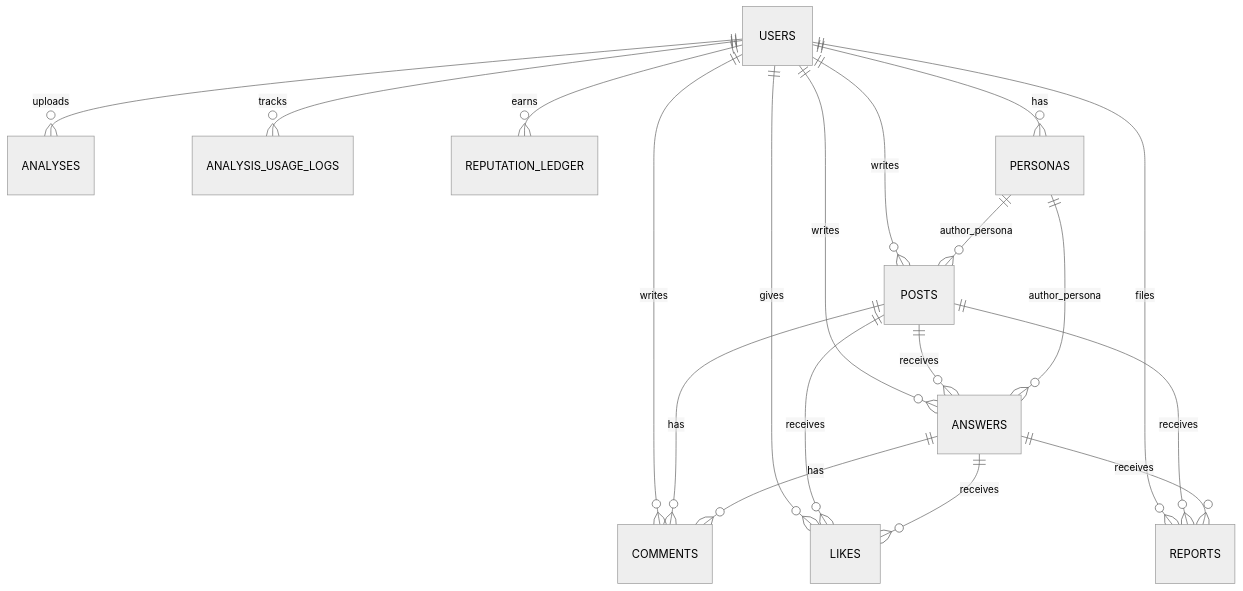
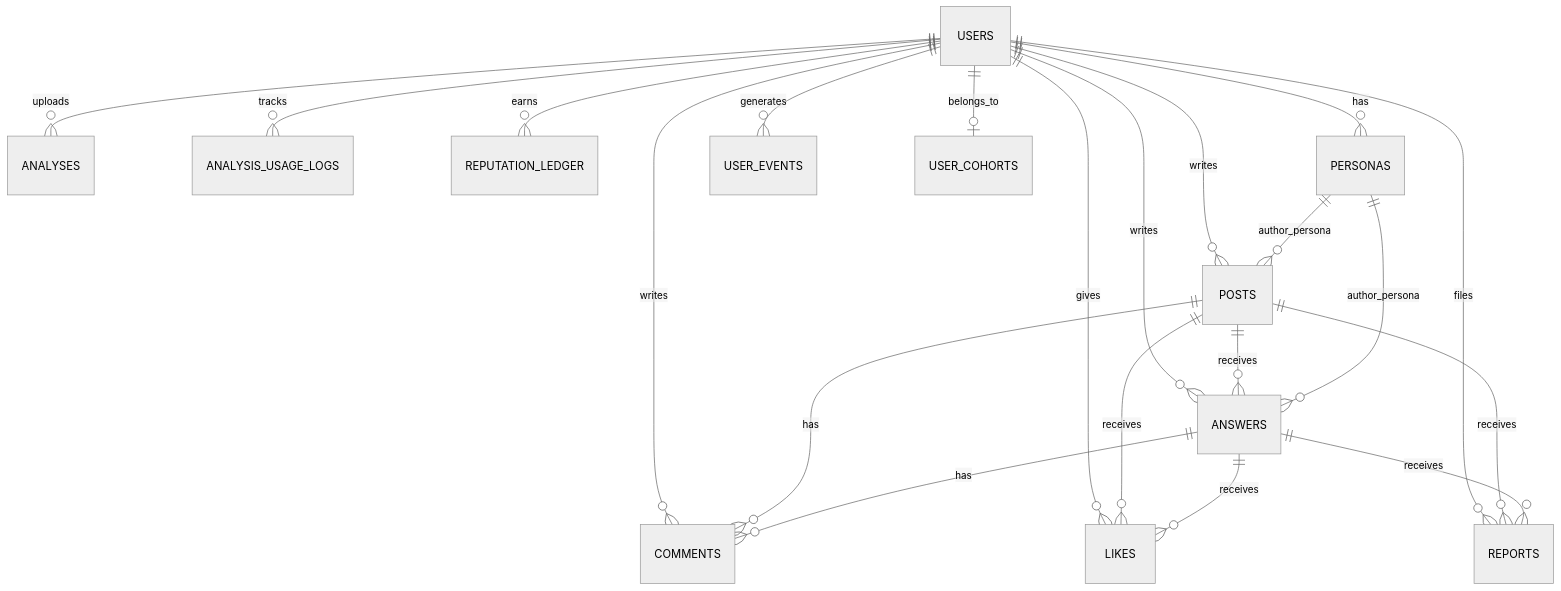
One commit to Siegfriex/MiriArt changed the diagram in docs/MiriArt_ERD_v2.md. Above: the diagram before and after it, drawn with Mermaid (neutral theme). The commit also changed other lines of this file and 6 other files, not shown here.

Commit message:
docs: miriart_docs 정본 동기화 — ERD v2.2, API CONTRACT, INFRA v1.3, .claude 정리

````diff
--- a/docs/MiriArt_ERD_v2.md
+++ b/docs/MiriArt_ERD_v2.md
@@ -13,21 +13,23 @@
 ```mermaid
 erDiagram
     USERS ||--o{ ANALYSES : "uploads"
     USERS ||--o{ ANALYSIS_USAGE_LOGS : "tracks"
     USERS ||--o{ POSTS : "writes"
     USERS ||--o{ ANSWERS : "writes"
     USERS ||--o{ COMMENTS : "writes"
     USERS ||--o{ LIKES : "gives"
     USERS ||--o{ REPUTATION_LEDGER : "earns"
     USERS ||--o{ REPORTS : "files"
     USERS ||--o{ PERSONAS : "has"
     POSTS ||--o{ ANSWERS : "receives"
     POSTS ||--o{ COMMENTS : "has"
     POSTS ||--o{ LIKES : "receives"
     POSTS ||--o{ REPORTS : "receives"
     ANSWERS ||--o{ COMMENTS : "has"
     ANSWERS ||--o{ LIKES : "receives"
     ANSWERS ||--o{ REPORTS : "receives"
     PERSONAS ||--o{ POSTS : "author_persona"
     PERSONAS ||--o{ ANSWERS : "author_persona"
+    USERS ||--o{ USER_EVENTS : "generates"
+    USERS ||--o| USER_COHORTS : "belongs_to"
 ```
````
